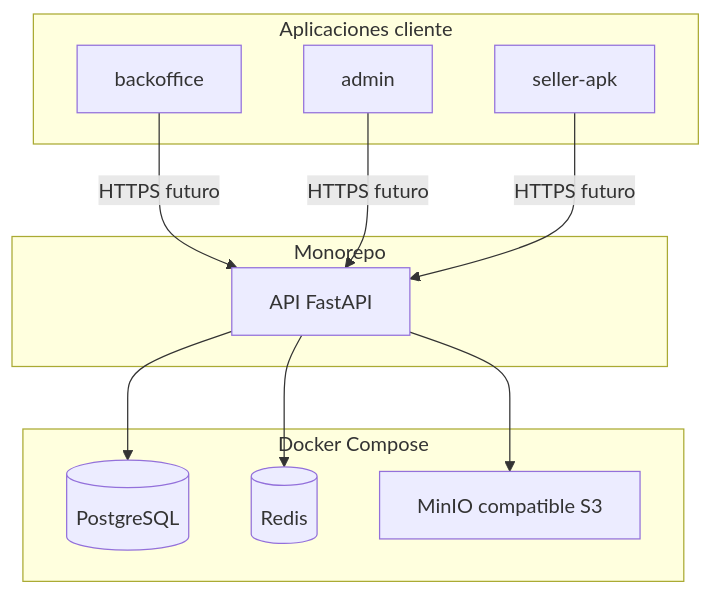
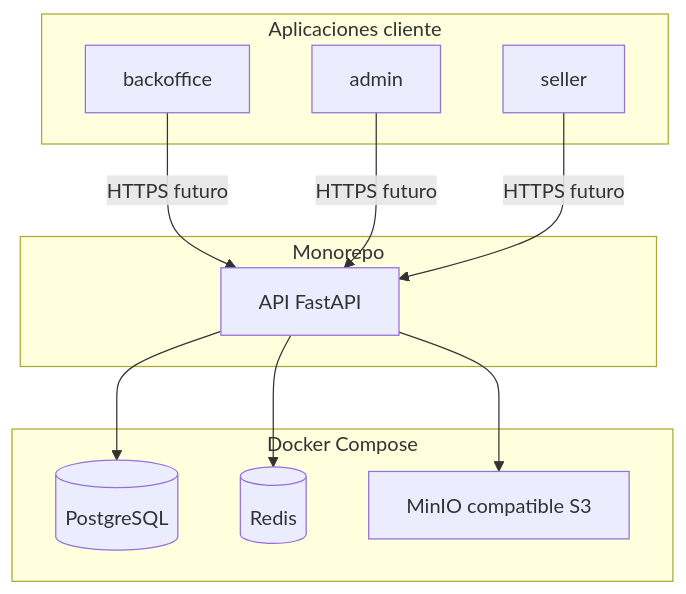
One commit to aprezcuba24/broker-shipping changed the first of 3 diagrams in docs/architecture.md. Above: the diagram before and after it, drawn with Mermaid. The commit also changed other lines of this file and 38 other files, not shown here.

````diff
--- a/docs/architecture.md
+++ b/docs/architecture.md
@@ -35,26 +34,26 @@
 ```mermaid
 flowchart TB
   subgraph clients [Aplicaciones cliente]
     BO[backoffice]
     AD[admin]
-    SE[seller-apk]
+    SE[seller]
   end
 
   subgraph monorepo [Monorepo]
     API[API FastAPI]
   end
 
   subgraph docker [Docker Compose]
     PG[(PostgreSQL)]
     RD[(Redis)]
     S3[MinIO compatible S3]
   end
 
   BO -->|HTTPS futuro| API
   AD -->|HTTPS futuro| API
   SE -->|HTTPS futuro| API
 
   API --> PG
   API --> RD
   API --> S3
 ```
````
